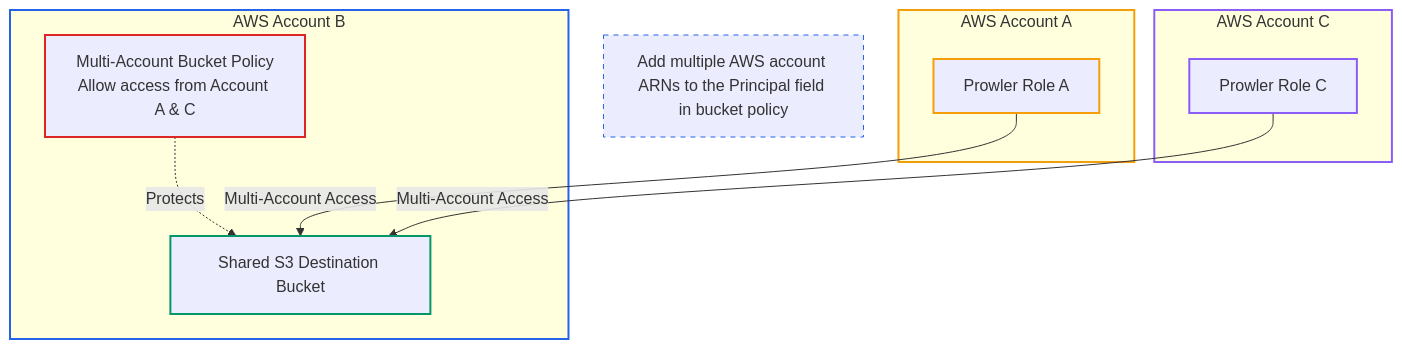
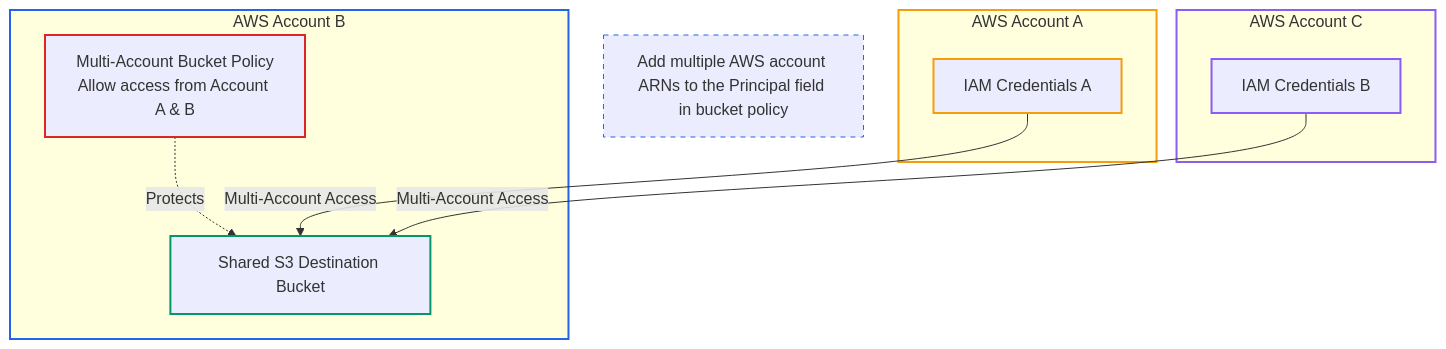
One commit to prowler-cloud/prowler changed the third of 3 diagrams in docs/tutorials/prowler-app-s3-integration.md. Above: the diagram before and after it, drawn with Mermaid. The commit also changed other lines of this file, not shown here.

Commit message:
chore: quick link todo

````diff
--- a/docs/tutorials/prowler-app-s3-integration.md
+++ b/docs/tutorials/prowler-app-s3-integration.md
@@ -172,30 +172,30 @@
 ```mermaid
 graph TB
     subgraph AccountA["AWS Account A"]
-        RoleA["Prowler Role A"]
+        RoleA["IAM Credentials A"]
     end
 
     subgraph AccountC["AWS Account C"]
-        RoleC["Prowler Role C"]
+        RoleC["IAM Credentials B"]
     end
 
     subgraph AccountB["AWS Account B"]
         BucketB["Shared S3 Destination Bucket"]
-        PolicyB["Multi-Account Bucket Policy<br/>Allow access from Account A & C"]
+        PolicyB["Multi-Account Bucket Policy<br/>Allow access from Account A & B"]
 
         PolicyB -.->|"Protects"| BucketB
     end
     RoleA -->|"Multi-Account Access"| BucketB
     RoleC -->|"Multi-Account Access"| BucketB
 
     Info["Add multiple AWS account ARNs to the Principal field in bucket policy"]
 
     style AccountA stroke:#f59e0b,stroke-width:2px
     style AccountC stroke:#8b5cf6,stroke-width:2px
     style AccountB stroke:#2563eb,stroke-width:2px
     style RoleA stroke:#f59e0b,stroke-width:2px
     style RoleC stroke:#8b5cf6,stroke-width:2px
     style BucketB stroke:#059669,stroke-width:2px
     style PolicyB stroke:#dc2626,stroke-width:2px
     style Info stroke:#2563eb,stroke-width:1px,stroke-dasharray: 5 5
 ```
````
